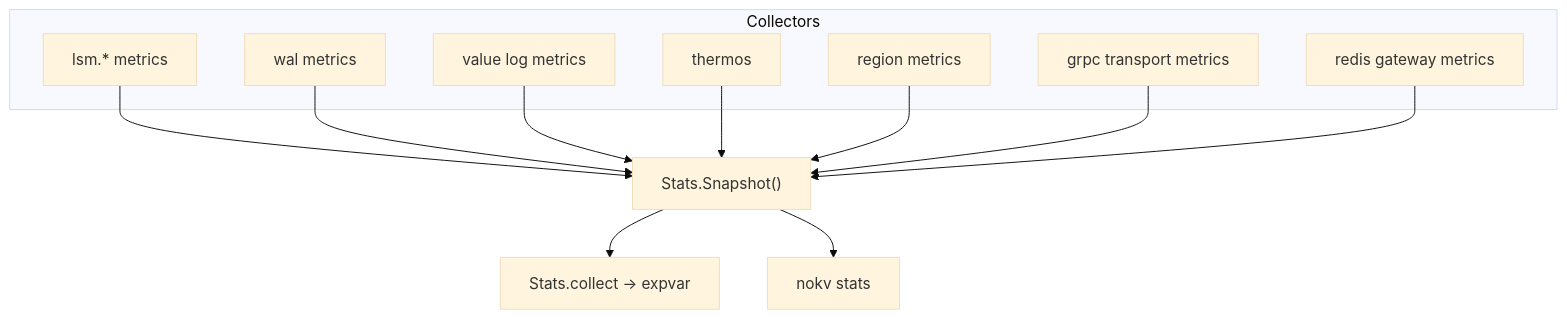
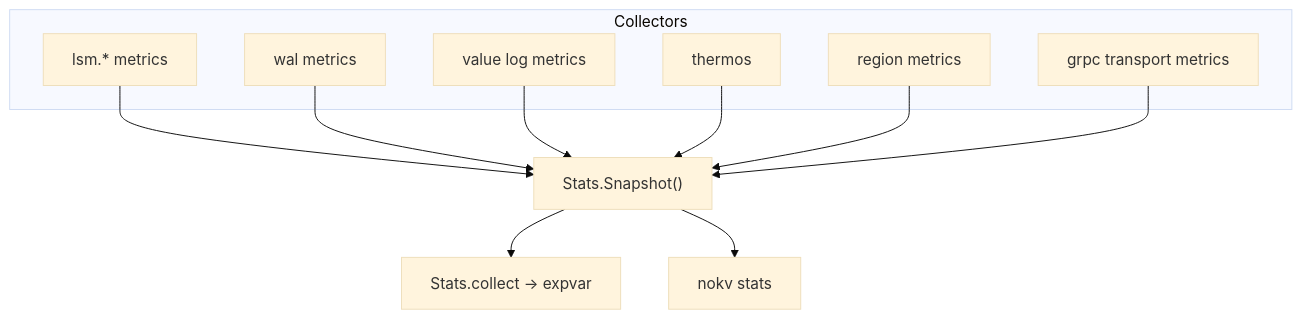
One commit to feichai0017/NoKV changed the diagram in docs/stats.md. Above: the diagram before and after it, drawn with Mermaid (base theme). The commit also changed other lines of this file and 38 other files, not shown here.

````diff
--- a/docs/stats.md
+++ b/docs/stats.md
@@ -15,21 +15,19 @@
 ```mermaid
 flowchart TD
     subgraph COLLECTORS["Collectors"]
         LSM["lsm.* metrics"]
         WAL["wal metrics"]
         VLOG["value log metrics"]
         HOT["thermos"]
         REGION["region metrics"]
         TRANSPORT["grpc transport metrics"]
-        REDIS["redis gateway metrics"]
     end
     LSM --> SNAP["Stats.Snapshot()"]
     WAL --> SNAP
     VLOG --> SNAP
     HOT --> SNAP
     REGION --> SNAP
     TRANSPORT --> SNAP
-    REDIS --> SNAP
     SNAP --> EXP["Stats.collect -> expvar"]
     SNAP --> CLI["nokv stats"]
 ```
````
